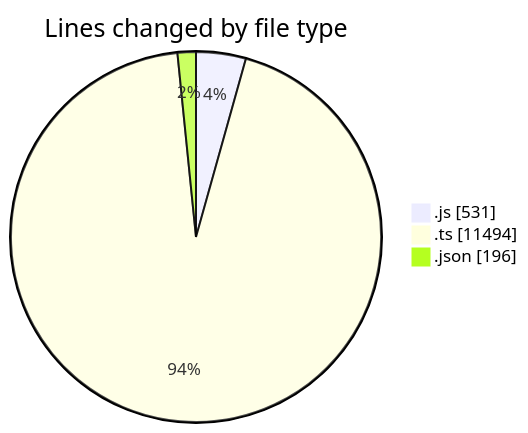
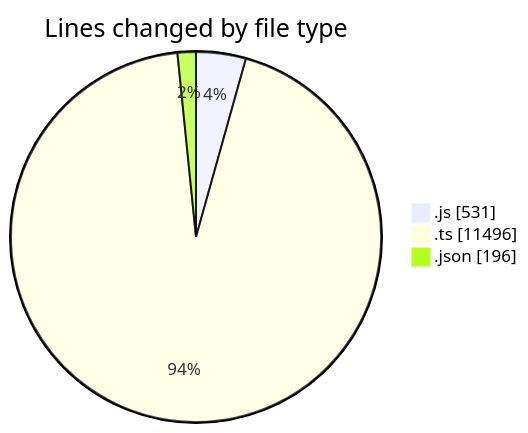
Before and after one commit to momahboobian/code-tracking: the first of 2 diagrams in 2025-05-29/cda/README.md, drawn with Mermaid. The commit also changed other lines of this file and 1 other file, not shown here.

````diff
--- a/2025-05-29/cda/README.md
+++ b/2025-05-29/cda/README.md
@@ -29,7 +29,7 @@
 ```mermaid
 pie showData
 title Lines changed by file type
 ".js" : 531
-".ts" : 11494
+".ts" : 11496
 ".json" : 196
 ```
````
